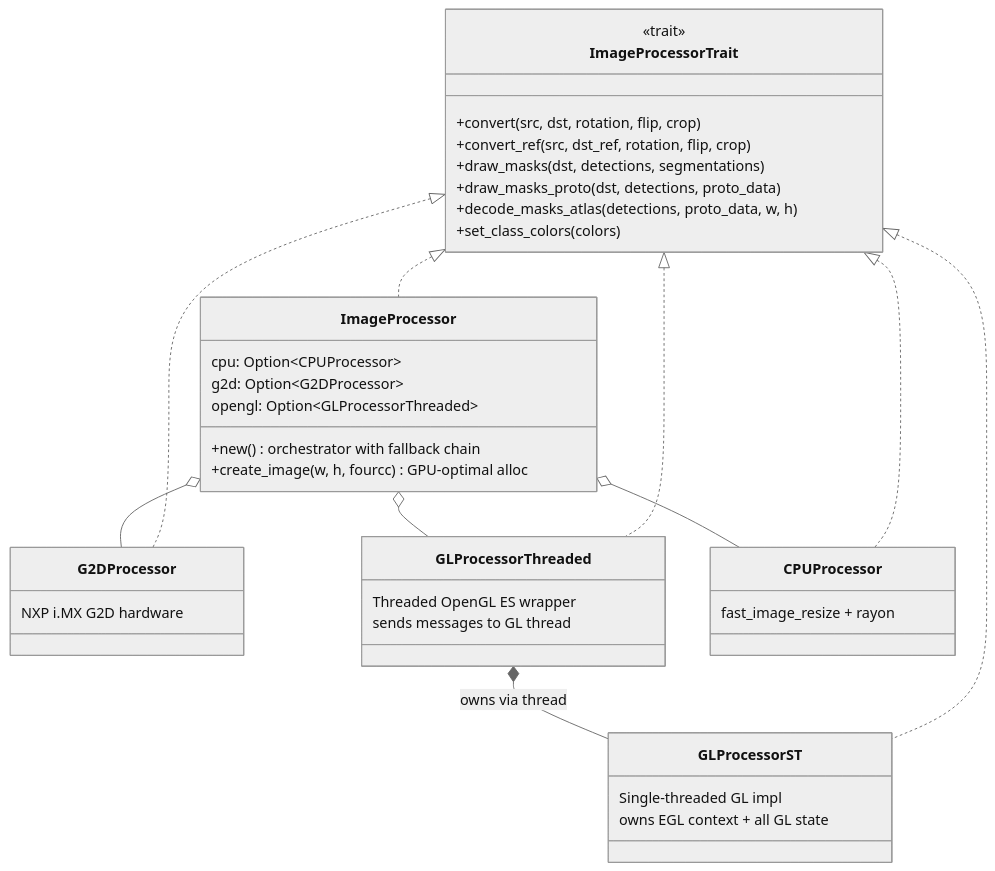
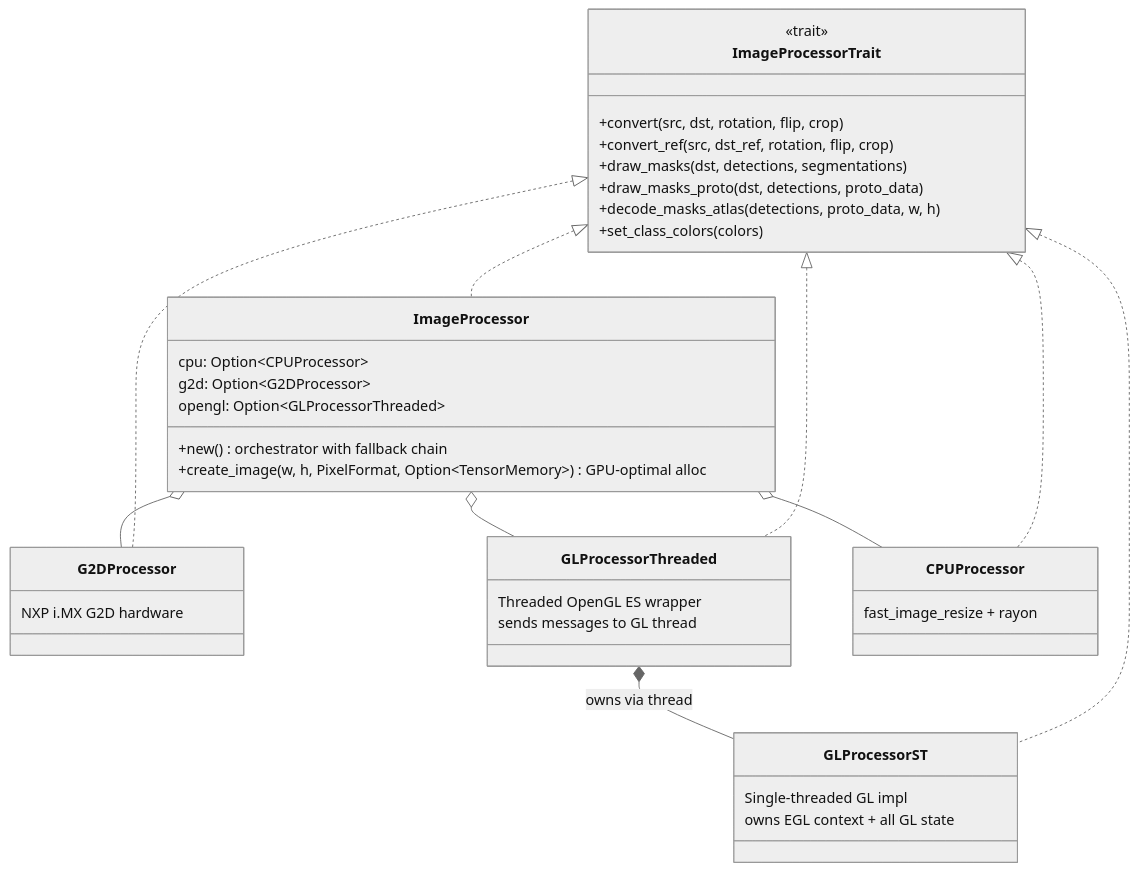
The fourth of 12 diagrams in ARCHITECTURE.md (EdgeFirstAI/hal), drawn with Mermaid (neutral theme) before and after one commit. The commit also changed other lines of this file and 39 other files, not shown here.

First line of the commit message:
EDGEAI-1107: PixelFormat + TensorDyn unification — remove TensorImage

````diff
--- a/ARCHITECTURE.md
+++ b/ARCHITECTURE.md
@@ -156,48 +156,48 @@
 ```mermaid
 classDiagram
     class ImageProcessorTrait {
         <<trait>>
         +convert(src, dst, rotation, flip, crop)
         +convert_ref(src, dst_ref, rotation, flip, crop)
         +draw_masks(dst, detections, segmentations)
         +draw_masks_proto(dst, detections, proto_data)
         +decode_masks_atlas(detections, proto_data, w, h)
         +set_class_colors(colors)
     }
 
     class ImageProcessor {
         cpu: Option~CPUProcessor~
         g2d: Option~G2DProcessor~
         opengl: Option~GLProcessorThreaded~
         +new() orchestrator with fallback chain
-        +create_image(w, h, fourcc) GPU-optimal alloc
+        +create_image(w, h, PixelFormat, Option~TensorMemory~) GPU-optimal alloc
     }
 
     class G2DProcessor {
         NXP i.MX G2D hardware
     }
 
     class GLProcessorThreaded {
         Threaded OpenGL ES wrapper
         sends messages to GL thread
     }
 
     class GLProcessorST {
         Single-threaded GL impl
         owns EGL context + all GL state
     }
 
     class CPUProcessor {
         fast_image_resize + rayon
     }
 
     ImageProcessorTrait <|.. ImageProcessor
     ImageProcessorTrait <|.. G2DProcessor
     ImageProcessorTrait <|.. GLProcessorThreaded
     ImageProcessorTrait <|.. GLProcessorST
     ImageProcessorTrait <|.. CPUProcessor
     ImageProcessor o-- G2DProcessor
     ImageProcessor o-- GLProcessorThreaded
     ImageProcessor o-- CPUProcessor
     GLProcessorThreaded *-- GLProcessorST : owns via thread
 ```
````
